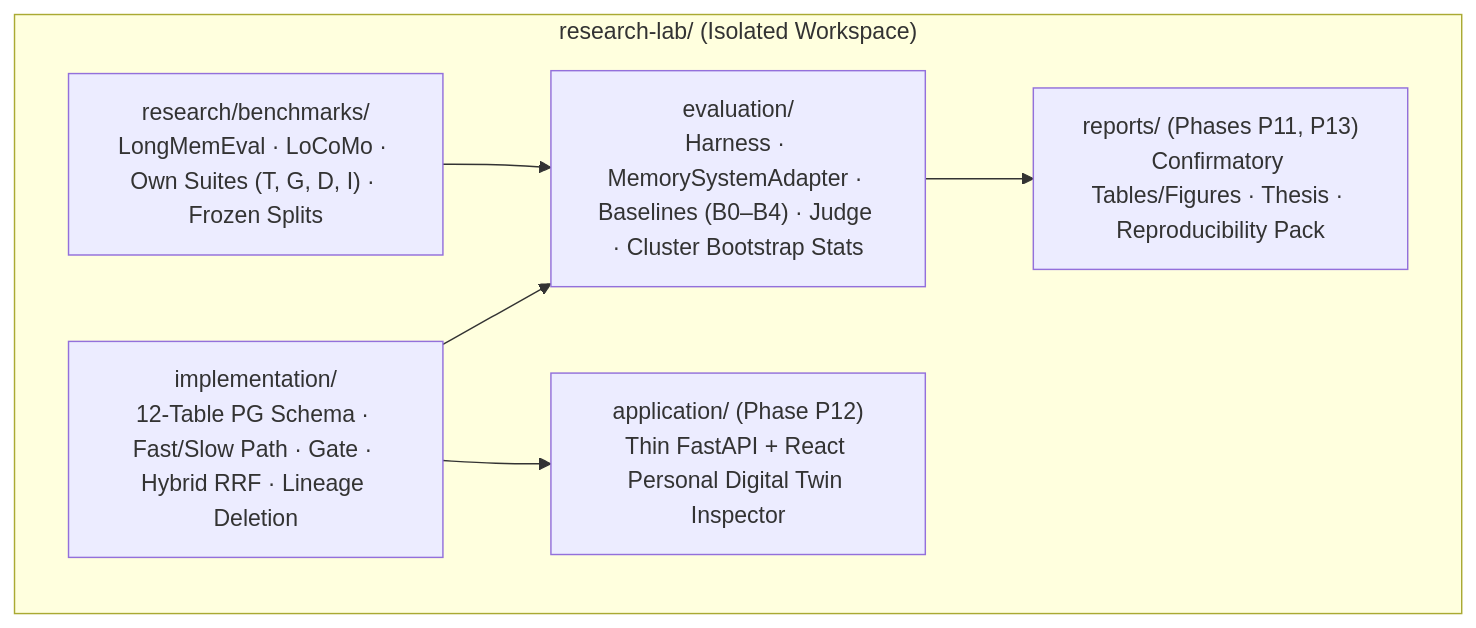
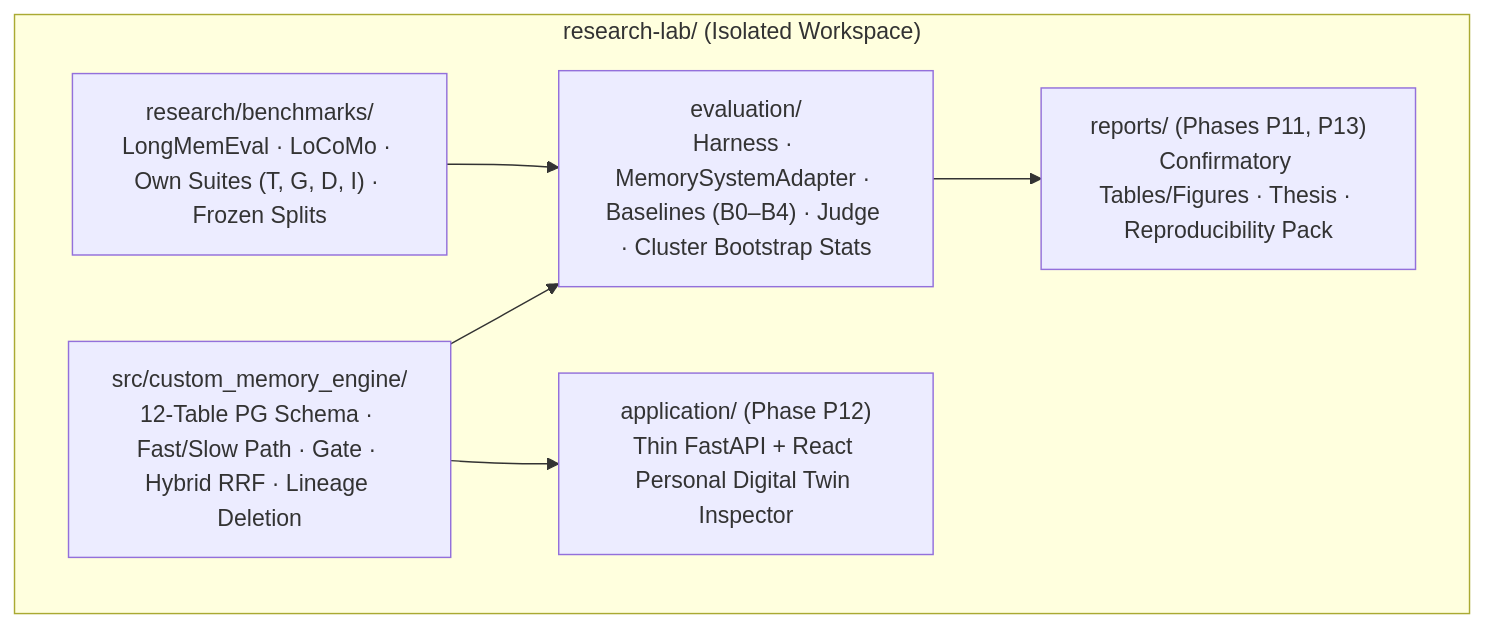
One commit to eMinders/ChronaMind changed the first of 2 diagrams in custom-memory-engine/PROJECT_ROADMAP.md. Above: the diagram before and after it, drawn with Mermaid. The commit also changed other lines of this file and 108 other files, not shown here.

First line of the commit message:
refactor(cme): single engine package, complete read/write path, P adapter

````diff
--- a/custom-memory-engine/PROJECT_ROADMAP.md
+++ b/custom-memory-engine/PROJECT_ROADMAP.md
@@ -26,15 +26,15 @@
 ```mermaid
 flowchart TB
     subgraph RL["research-lab/ (Isolated Workspace)"]
         BENCH["research/benchmarks/<br/>LongMemEval · LoCoMo · Own Suites (T, G, D, I) · Frozen Splits"]
         EVAL["evaluation/<br/>Harness · MemorySystemAdapter · Baselines (B0–B4) · Judge · Cluster Bootstrap Stats"]
-        IMPL["implementation/<br/>12-Table PG Schema · Fast/Slow Path · Gate · Hybrid RRF · Lineage Deletion"]
+        IMPL["src/custom_memory_engine/<br/>12-Table PG Schema · Fast/Slow Path · Gate · Hybrid RRF · Lineage Deletion"]
         APP["application/ (Phase P12)<br/>Thin FastAPI + React Personal Digital Twin Inspector"]
         REP["reports/ (Phases P11, P13)<br/>Confirmatory Tables/Figures · Thesis · Reproducibility Pack"]
     end
 
     BENCH --> EVAL
     IMPL --> EVAL
     IMPL --> APP
     EVAL --> REP
 ```
````
